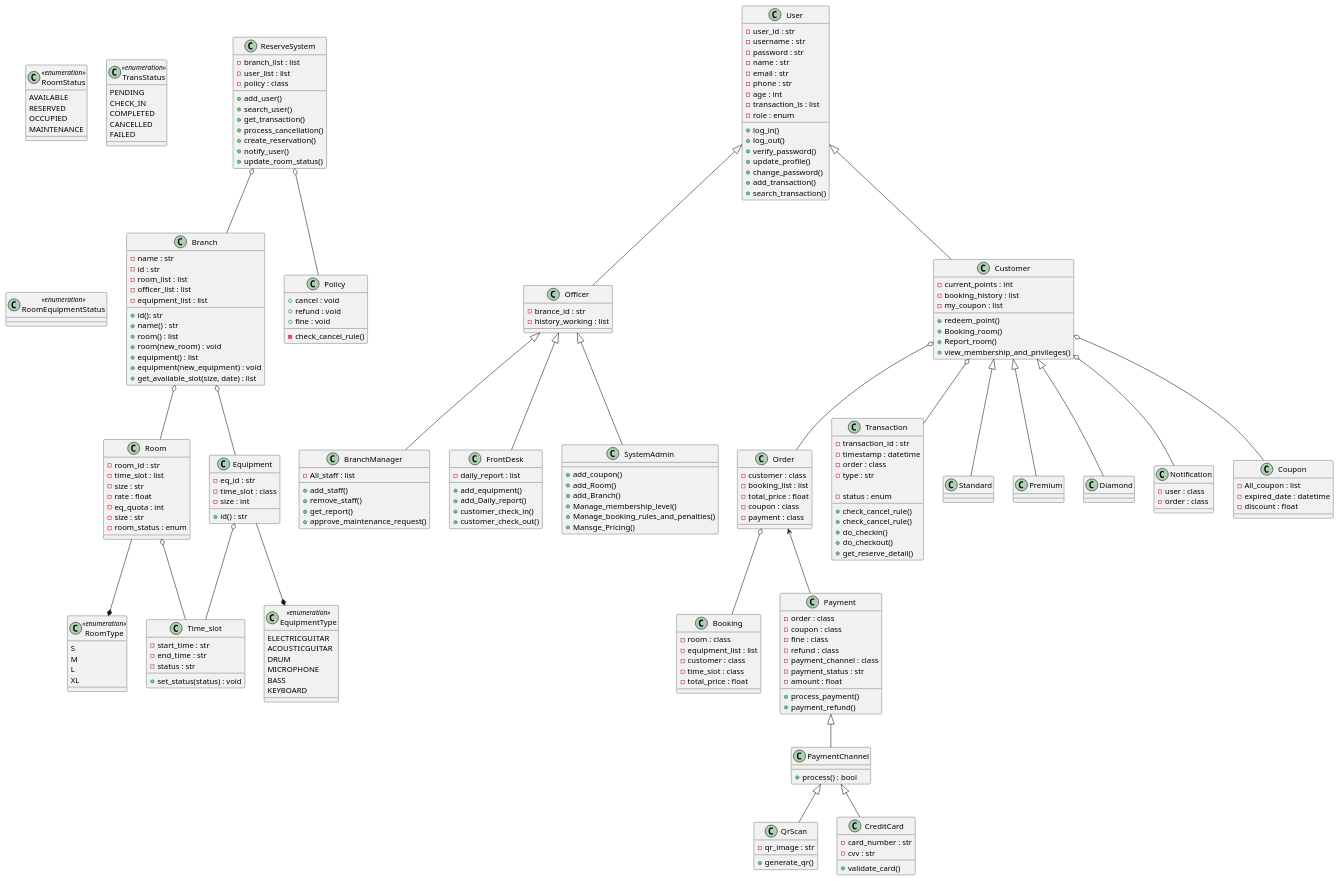
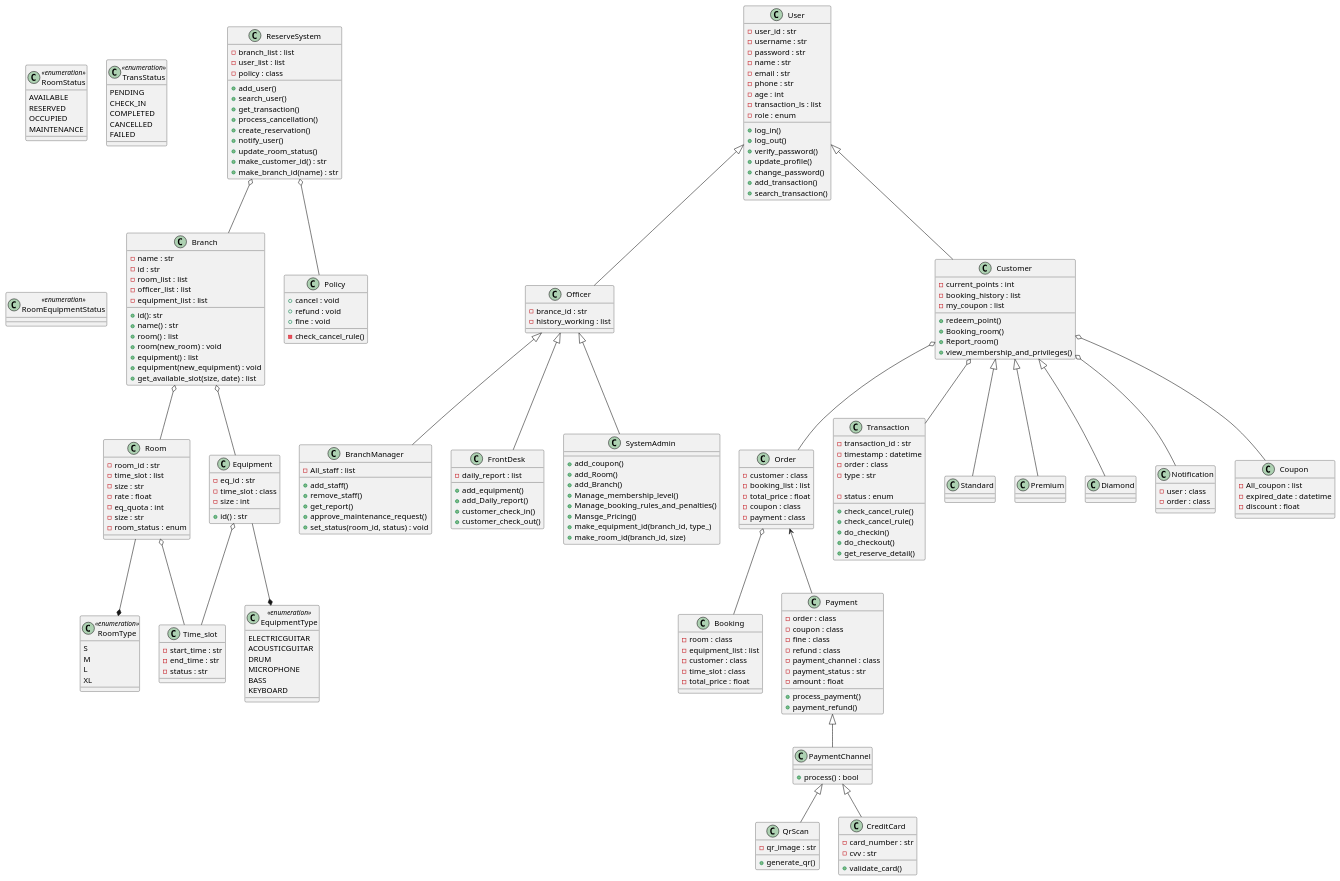
Before and after one commit to pjngth998/RhythmReserve: the diagram in diagram/class_diagram.puml, drawn with PlantUML.

Commit message:
want to pull

```diff
--- a/diagram/class_diagram.puml
+++ b/diagram/class_diagram.puml
@@ -12,6 +12,9 @@
     +create_reservation()
     +notify_user()
     +update_room_status()
+    +make_customer_id() : str
+    +make_branch_id(name) : str
+    
 }
 
 class Branch{
@@ -51,7 +54,6 @@
     -start_time : str
     -end_time : str
     -status : str
-    +set_status(status) : void
 }
 
 
@@ -160,7 +162,9 @@
     +add_staff()
     +remove_staff()
     +get_report()
-    + approve_maintenance_request()
+    +approve_maintenance_request()
+    +set_status(room_id, status) : void
+
 }
 
 class FrontDesk{
@@ -178,6 +182,8 @@
     +Manage_membership_level()
     +Manage_booking_rules_and_penalties()
     +Mansge_Pricing()
+    +make_equipment_id(branch_id, type_)
+    +make_room_id(branch_id, size)
 }
 
 class Customer{
```
